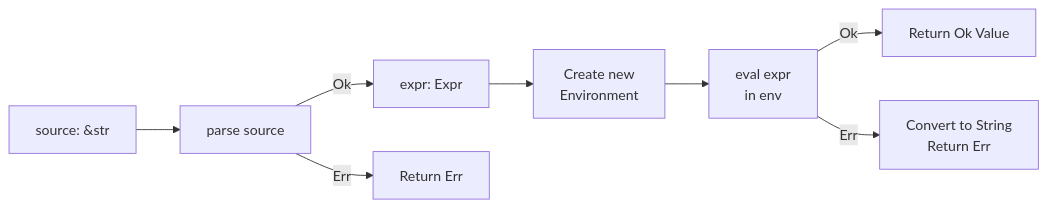
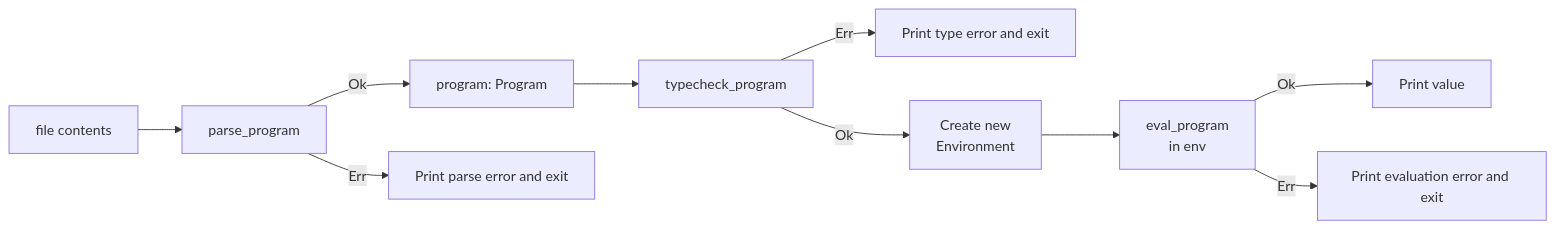
One commit to vansweej/parlang changed the fifth of 11 diagrams in docs/MODULE_MAIN.md. Above: the diagram before and after it, drawn with Mermaid. The commit also changed other lines of this file and 14 other files, not shown here.

````diff
--- a/docs/MODULE_MAIN.md
+++ b/docs/MODULE_MAIN.md
@@ -350,12 +351,12 @@
 ```mermaid
 flowchart LR
-    SOURCE[source: &str] --> PARSE[parse source]
-    PARSE -->|Ok| EXPR[expr: Expr]
-    PARSE -->|Err| ERR1[Return Err]
-    
-    EXPR --> ENV[Create new<br/>Environment]
-    ENV --> EVAL[eval expr<br/>in env]
-    
-    EVAL -->|Ok| VALUE[Return Ok Value]
-    EVAL -->|Err| ERR2[Convert to String<br/>Return Err]
+    SOURCE[file contents] --> PARSE[parse_program]
+    PARSE -->|Ok| PROGRAM[program: Program]
+    PARSE -->|Err| PARSE_ERROR[Print parse error and exit]
+    PROGRAM --> TYPECHECK[typecheck_program]
+    TYPECHECK -->|Err| TYPE_ERROR[Print type error and exit]
+    TYPECHECK -->|Ok| ENV[Create new<br/>Environment]
+    ENV --> EVAL[eval_program<br/>in env]
+    EVAL -->|Ok| VALUE[Print value]
+    EVAL -->|Err| EVAL_ERROR[Print evaluation error and exit]
 ```
````
